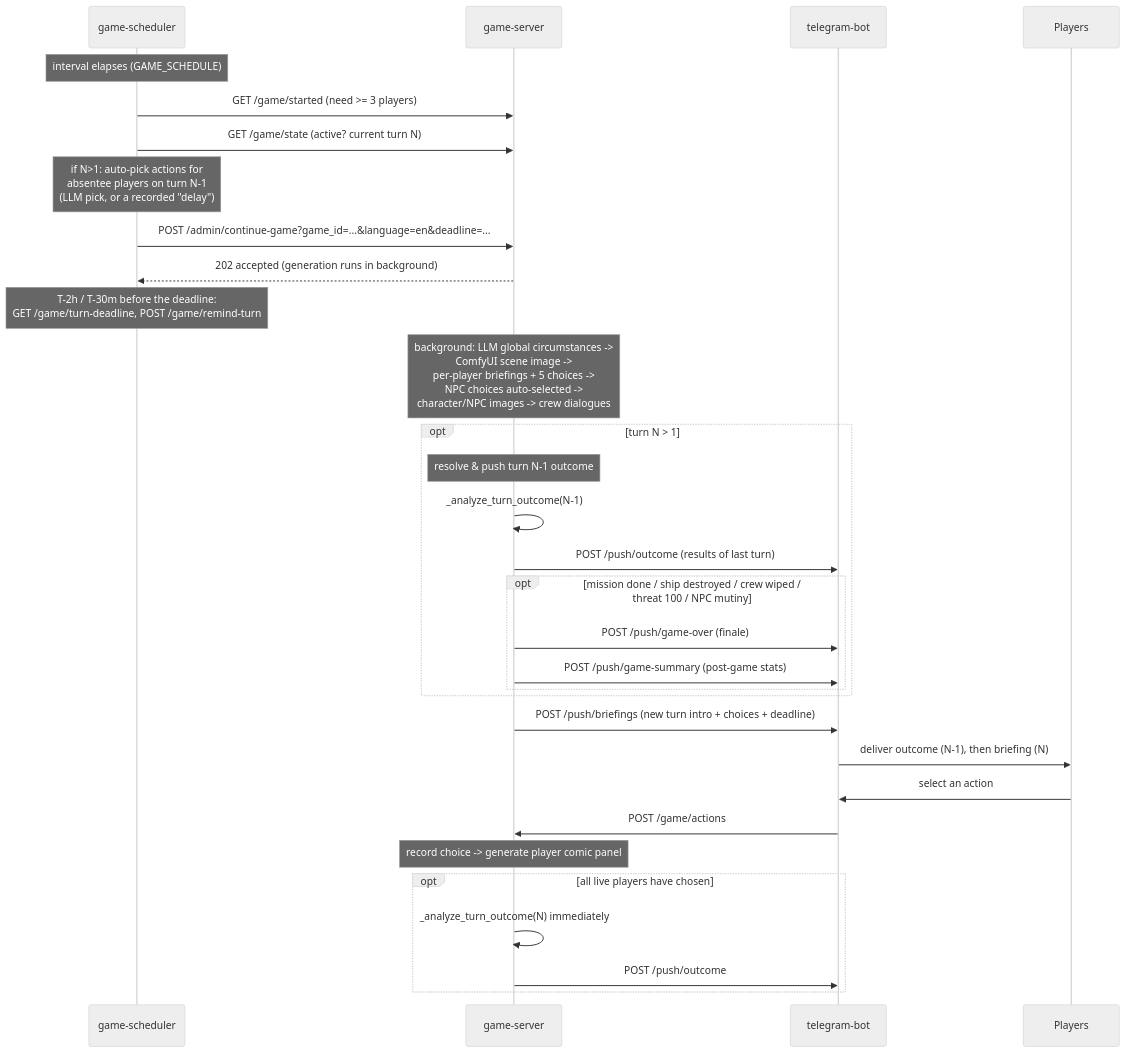
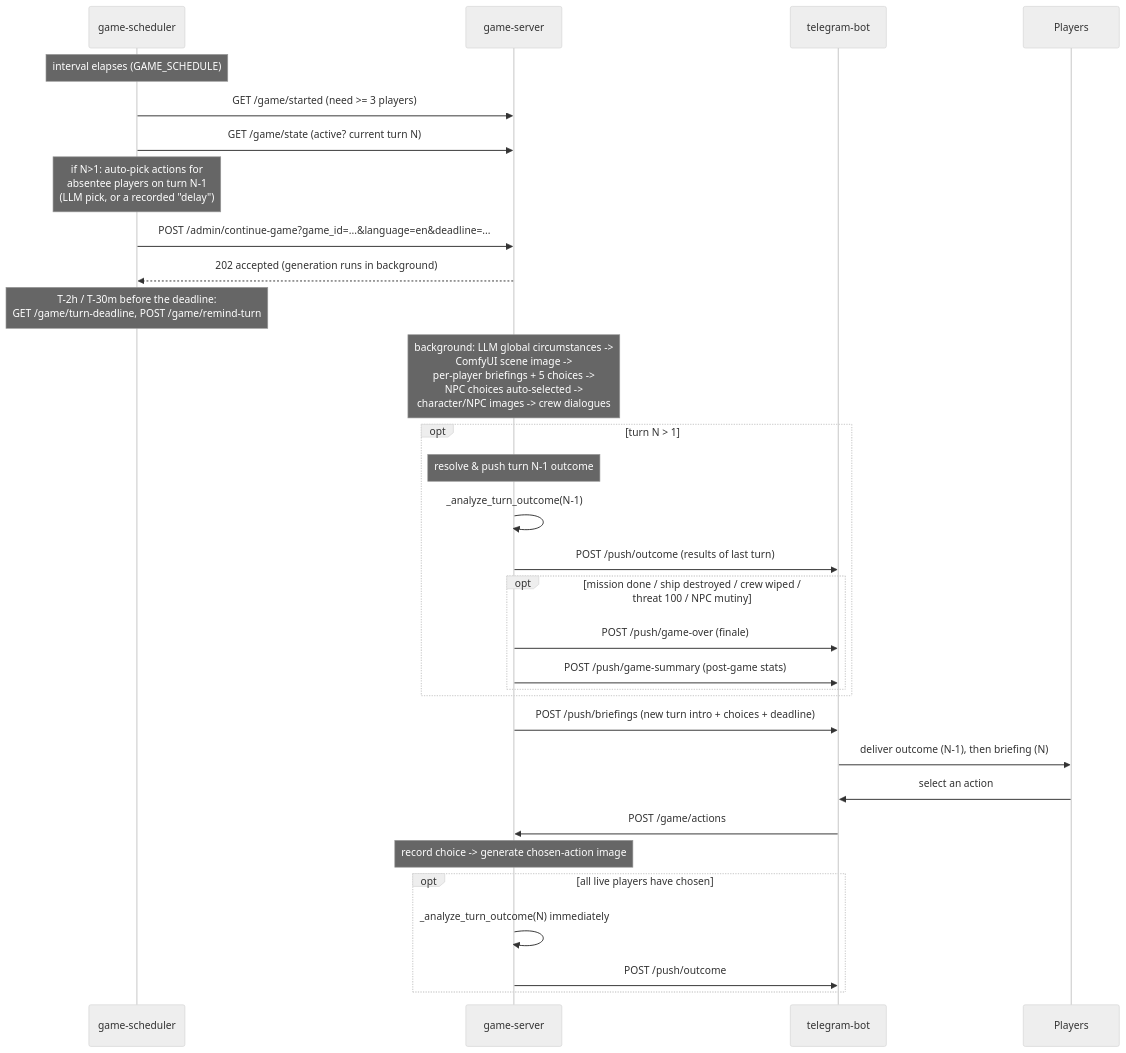
One commit to Slach/ai-games changed the second of 2 diagrams in README.md. Above: the diagram before and after it, drawn with Mermaid (neutral theme). The commit also changed other lines of this file and 36 other files, not shown here.

````diff
--- a/README.md
+++ b/README.md
@@ -174,39 +174,39 @@
 ```mermaid
 sequenceDiagram
     participant S as game-scheduler
     participant GS as game-server
     participant TB as telegram-bot
     participant P as Players
 
     Note over S: interval elapses (GAME_SCHEDULE)
     S->>GS: GET /game/started   (need >= 3 players)
     S->>GS: GET /game/state     (active? current turn N)
     Note over S: if N>1: auto-pick actions for<br/>absentee players on turn N-1<br/>(LLM pick, or a recorded "delay")
     S->>GS: POST /admin/continue-game?game_id=...&language=en&deadline=...
     GS-->>S: 202 accepted (generation runs in background)
 
     Note over S: T-2h / T-30m before the deadline:<br/>GET /game/turn-deadline, POST /game/remind-turn
 
     Note over GS: background: LLM global circumstances -><br/>ComfyUI scene image -><br/>per-player briefings + 5 choices -><br/>NPC choices auto-selected -><br/>character/NPC images -> crew dialogues
 
     opt turn N > 1
         Note over GS: resolve & push turn N-1 outcome
         GS->>GS: _analyze_turn_outcome(N-1)
         GS->>TB: POST /push/outcome   (results of last turn)
         opt mission done / ship destroyed / crew wiped /<br/>threat 100 / NPC mutiny
             GS->>TB: POST /push/game-over  (finale)
             GS->>TB: POST /push/game-summary  (post-game stats)
         end
     end
 
     GS->>TB: POST /push/briefings  (new turn intro + choices + deadline)
     TB->>P: deliver outcome (N-1), then briefing (N)
 
     P->>TB: select an action
     TB->>GS: POST /game/actions
-    Note over GS: record choice -> generate player comic panel
+    Note over GS: record choice -> generate chosen-action image
     opt all live players have chosen
         GS->>GS: _analyze_turn_outcome(N) immediately
         GS->>TB: POST /push/outcome
     end
 ```
````
